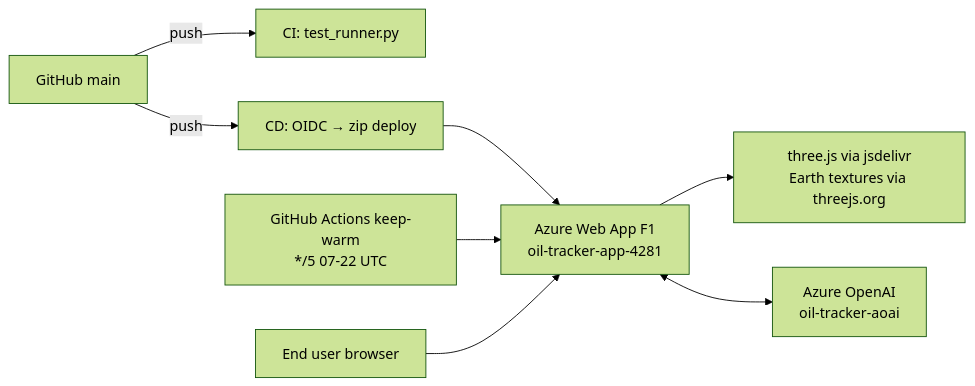
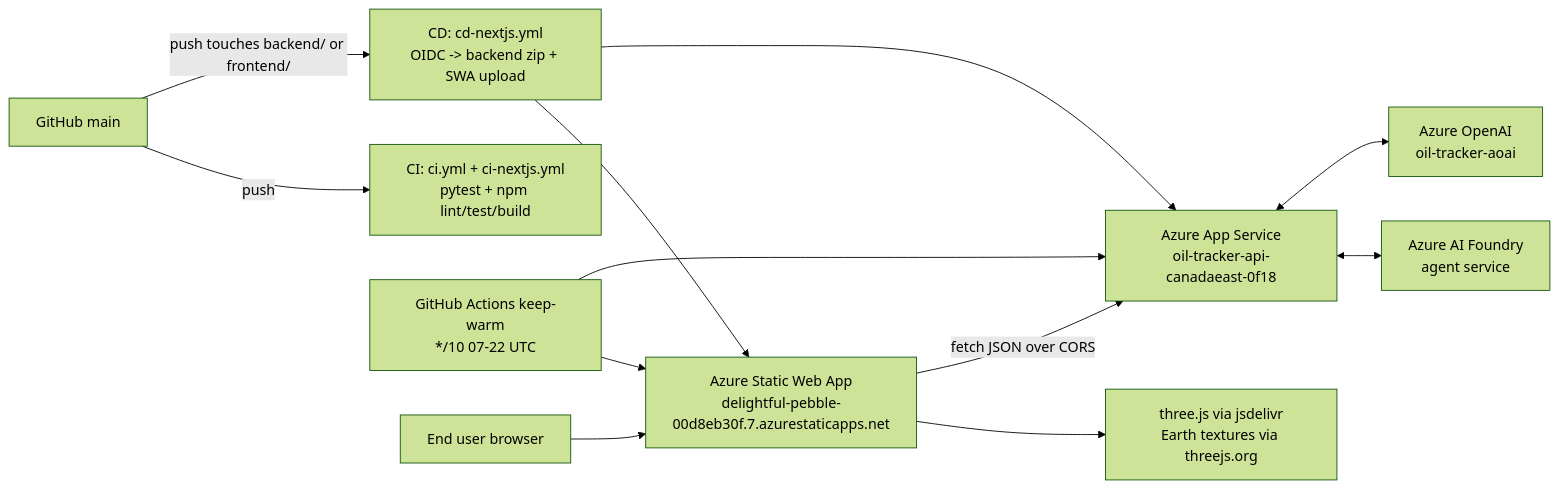
The second of 2 diagrams in docs/architecture.md (Aidan2111/macro-oil-terminal), drawn with Mermaid (forest theme) before and after one commit. The commit also changed other lines of this file and 28 other files, not shown here.

````diff
--- a/docs/architecture.md
+++ b/docs/architecture.md
@@ -61,10 +67,14 @@
 ```mermaid
 flowchart LR
-    GH[GitHub main] -->|push| CI[CI: test_runner.py]
-    GH -->|push| CD[CD: OIDC → zip deploy]
-    CD --> WA[Azure Web App F1<br/>oil-tracker-app-4281]
-    WA --> CDN[three.js via jsdelivr<br/>Earth textures via threejs.org]
-    WA <--> AOAI[Azure OpenAI<br/>oil-tracker-aoai]
-    KW[GitHub Actions keep-warm<br/>*/5 07-22 UTC] --> WA
-    User[End user browser] --> WA
+    GH[GitHub main] -->|push touches backend/ or frontend/| CD[CD: cd-nextjs.yml<br/>OIDC -> backend zip + SWA upload]
+    GH -->|push| CI[CI: ci.yml + ci-nextjs.yml<br/>pytest + npm lint/test/build]
+    CD --> API[Azure App Service<br/>oil-tracker-api-canadaeast-0f18]
+    CD --> SWA[Azure Static Web App<br/>delightful-pebble-00d8eb30f.7.azurestaticapps.net]
+    SWA -->|fetch JSON over CORS| API
+    SWA --> CDN[three.js via jsdelivr<br/>Earth textures via threejs.org]
+    API <--> AOAI[Azure OpenAI<br/>oil-tracker-aoai]
+    API <--> FOUNDRY[Azure AI Foundry<br/>agent service]
+    KW[GitHub Actions keep-warm<br/>*/10 07-22 UTC] --> API
+    KW --> SWA
+    User[End user browser] --> SWA
 ```
````
